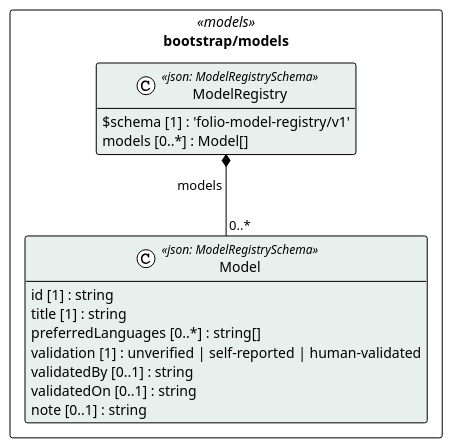
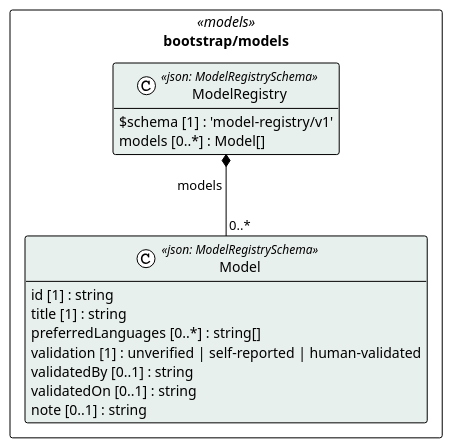
Before and after one commit to litlfred/folio-assistant: the diagram in cat-harness/uml/overview/bootstrap/models.puml, drawn with PlantUML. The commit also changed 56 other files, not shown here.

First line of the commit message:
Regenerate what group D moved: UML overview (bootstrap has no qa graph), glossary, schema page, READMEs, .pot templates, handler index

```diff
--- a/cat-harness/uml/overview/bootstrap/models.puml
+++ b/cat-harness/uml/overview/bootstrap/models.puml
@@ -3,26 +3,26 @@
 @startuml bootstrap_models
 !pragma layout elk
 !theme plain
 skinparam classAttributeIconSize 0
 skinparam shadowing false
 skinparam packageStyle rectangle
 hide empty methods
 
 package "bootstrap/models" as pkg_bootstrap_models <<models>> {
   class "Model" as bootstrap_models_Model <<json: ModelRegistrySchema>> #e8f0ee {
     id [1] : string
     title [1] : string
     preferredLanguages [0..*] : string[]
     validation [1] : unverified | self-reported | human-validated
     validatedBy [0..1] : string
     validatedOn [0..1] : string
     note [0..1] : string
   }
   class "ModelRegistry" as bootstrap_models_ModelRegistry <<json: ModelRegistrySchema>> #e8f0ee {
-    $schema [1] : 'folio-model-registry/v1'
+    $schema [1] : 'model-registry/v1'
     models [0..*] : Model[]
   }
 }
 
 bootstrap_models_ModelRegistry *-- "0..*" bootstrap_models_Model : models
 @enduml
```
